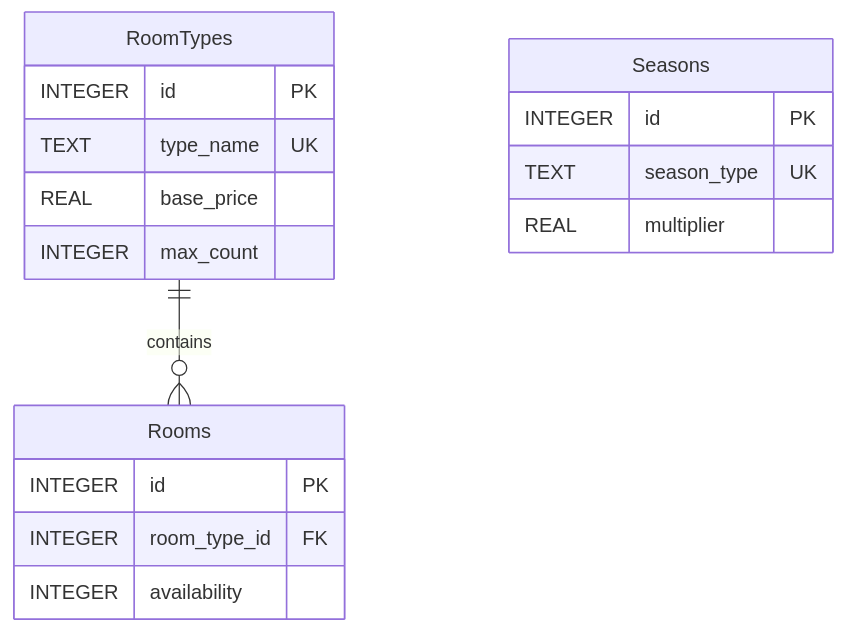
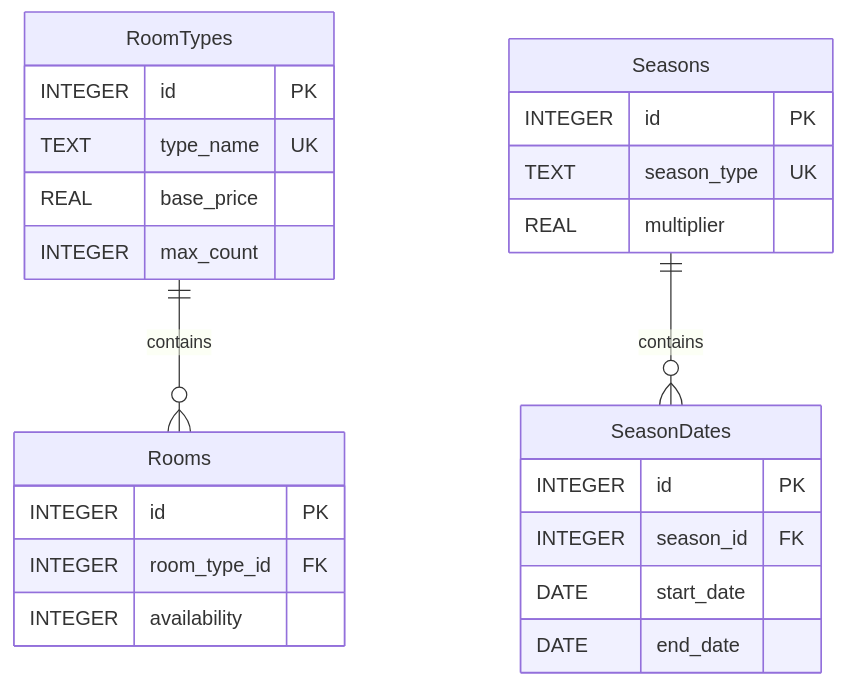
The diagram in README.md (Gruppe-6-Hotel-Kong-Arthur/RoomInventoryService), drawn with Mermaid before and after one commit. The commit also changed other lines of this file, not shown here.

````diff
--- a/README.md
+++ b/README.md
@@ -52,20 +91,27 @@
 ```mermaid
 erDiagram
     RoomTypes ||--o{ Rooms : contains
     RoomTypes {
         INTEGER id PK
         TEXT type_name UK
         REAL base_price
         INTEGER max_count
     }
     Rooms {
         INTEGER id PK
         INTEGER room_type_id FK
         INTEGER availability
     }
     Seasons {
         INTEGER id PK
         TEXT season_type UK
         REAL multiplier
     }
+    SeasonDates {
+        INTEGER id PK
+        INTEGER season_id FK
+        DATE start_date
+        DATE end_date
+    }
+    Seasons ||--o{ SeasonDates : contains
 ```
````
